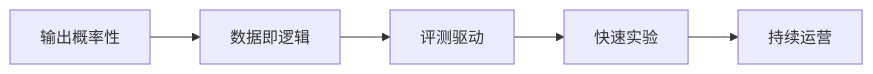
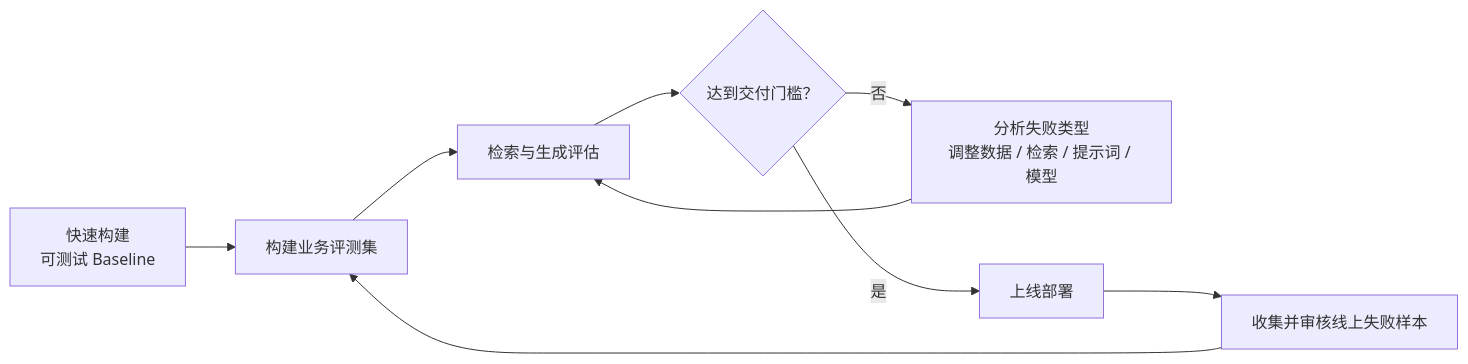
One commit to luyunix/rag_study changed the diagram in notes/07-baseline-rag/p044-总结和展望-转变思想-AI应用开发和传统软件开发的区别.md. Above: the diagram before and after it, drawn with Mermaid. The commit also changed other lines of this file and 25 other files, not shown here.

````diff
--- a/notes/07-baseline-rag/p044-总结和展望-转变思想-AI应用开发和传统软件开发的区别.md
+++ b/notes/07-baseline-rag/p044-总结和展望-转变思想-AI应用开发和传统软件开发的区别.md
@@ -17,12 +20,11 @@
 ```mermaid
 flowchart LR
-    N0["输出概率性"]
-    N1["数据即逻辑"]
-    N2["评测驱动"]
-    N3["快速实验"]
-    N4["持续运营"]
-    N0 --> N1
-    N1 --> N2
-    N2 --> N3
-    N3 --> N4
+    B["快速构建<br/>可测试 Baseline"] --> D["构建业务评测集"]
+    D --> E["检索与生成评估"]
+    E --> F{"达到交付门槛？"}
+    F -->|否| A["分析失败类型<br/>调整数据 / 检索 / 提示词 / 模型"]
+    A --> E
+    F -->|是| P["上线部署"]
+    P --> O["收集并审核线上失败样本"]
+    O --> D
 ```
````
